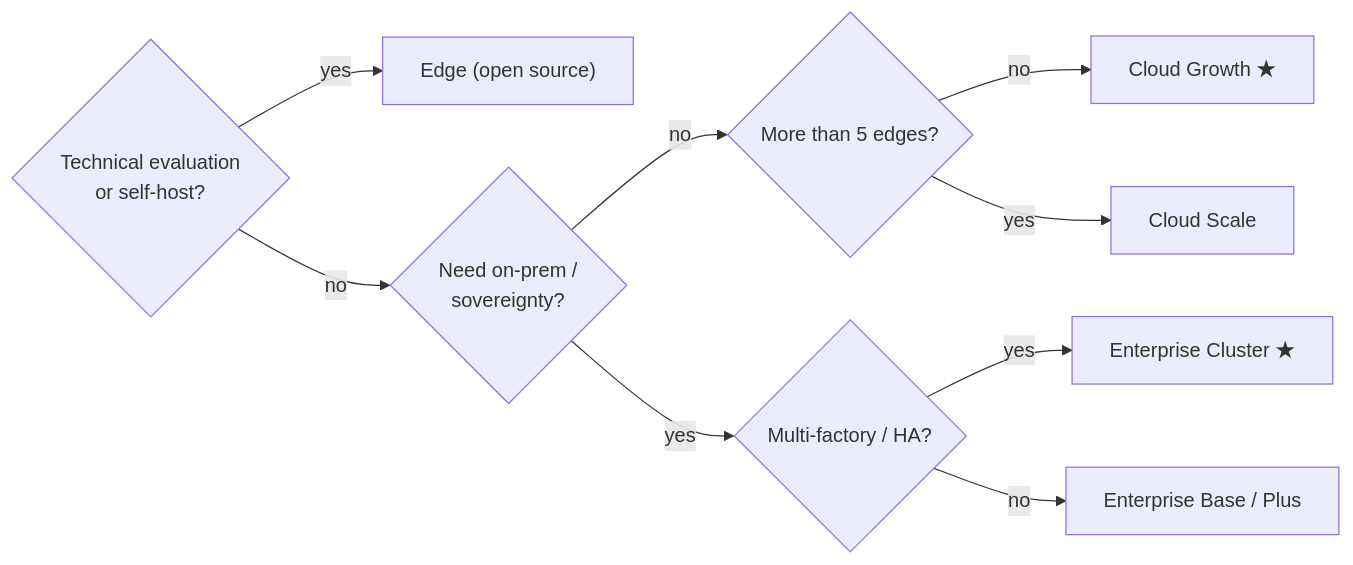
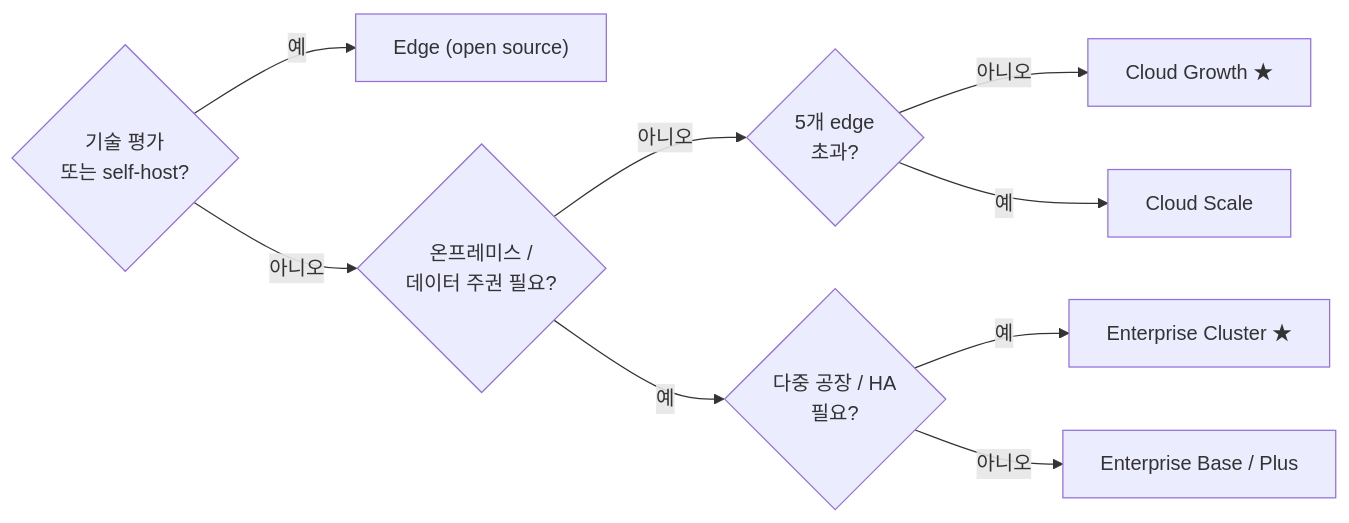
One commit to FREEZONEX/Tier0-docs-site changed the diagram in src/content/docs/ko/get-started/choosing-version.mdx. Above: the diagram before and after it, drawn with Mermaid. The commit also changed 12 other files, not shown here.

Commit message:
Localize non-English diagram and analytics text

````diff
--- a/src/content/docs/ko/get-started/choosing-version.mdx
+++ b/src/content/docs/ko/get-started/choosing-version.mdx
@@ -135,12 +135,12 @@
 ```mermaid
 flowchart LR
-  q1{"Technical evaluation<br/>or self-host?"} -- "yes" --> edge["Edge (open source)"]
-  q1 -- "no" --> q2{"Need on-prem /<br/>sovereignty?"}
-  q2 -- "no" --> q3{"More than 5 edges?"}
-  q2 -- "yes" --> q4{"Multi-factory / HA?"}
-  q3 -- "no" --> growth["Cloud Growth ★"]
-  q3 -- "yes" --> scale["Cloud Scale"]
-  q4 -- "yes" --> cluster["Enterprise Cluster ★"]
-  q4 -- "no" --> baseplus["Enterprise Base / Plus"]
+  q1{"기술 평가<br/>또는 self-host?"} -- "예" --> edge["Edge (open source)"]
+  q1 -- "아니오" --> q2{"온프레미스 /<br/>데이터 주권 필요?"}
+  q2 -- "아니오" --> q3{"5개 edge<br/>초과?"}
+  q2 -- "예" --> q4{"다중 공장 / HA<br/>필요?"}
+  q3 -- "아니오" --> growth["Cloud Growth ★"]
+  q3 -- "예" --> scale["Cloud Scale"]
+  q4 -- "예" --> cluster["Enterprise Cluster ★"]
+  q4 -- "아니오" --> baseplus["Enterprise Base / Plus"]
   class growth,cluster t0accent
 ```
````
